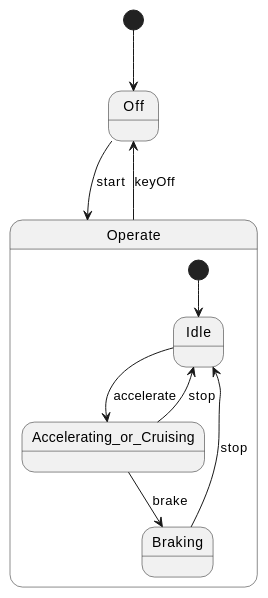
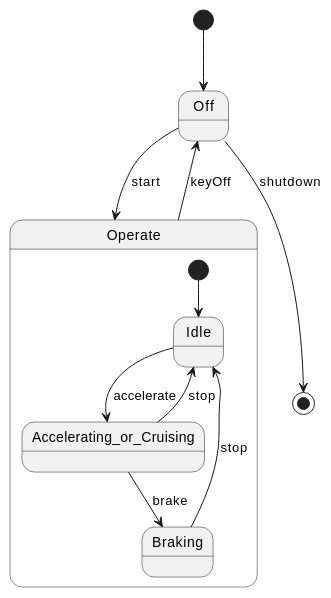
The diagram in project_1_llm_state_machine_modeling/paper_stm_repair/pipeline/representation/reports/llms_emp_r45_java_60/pairs/0052/README.md (HansBug/research_ideas), drawn with PlantUML before and after one commit. The commit also changed other lines of this file and 622 other files, not shown here.

First line of the commit message:
fix(paper1): 切换Phase-II最终池并重建PlantUML转换证据

````diff
--- a/project_1_llm_state_machine_modeling/paper_stm_repair/pipeline/representation/reports/llms_emp_r45_java_60/pairs/0052/README.md
+++ b/project_1_llm_state_machine_modeling/paper_stm_repair/pipeline/representation/reports/llms_emp_r45_java_60/pairs/0052/README.md
@@ -27,18 +74,19 @@
 ```plantuml
 @startuml
 
 [*] --> Off
 Off --> Operate : start
 
 state Operate {
 [*] --> Idle
 Idle --> Accelerating_or_Cruising : accelerate
 Accelerating_or_Cruising --> Braking : brake
 Braking --> Idle : stop
 Accelerating_or_Cruising --> Idle : stop
 }
 
 Operate --> Off : keyOff
+Off --> [*] : shutdown
 
 @enduml
 ```
````
